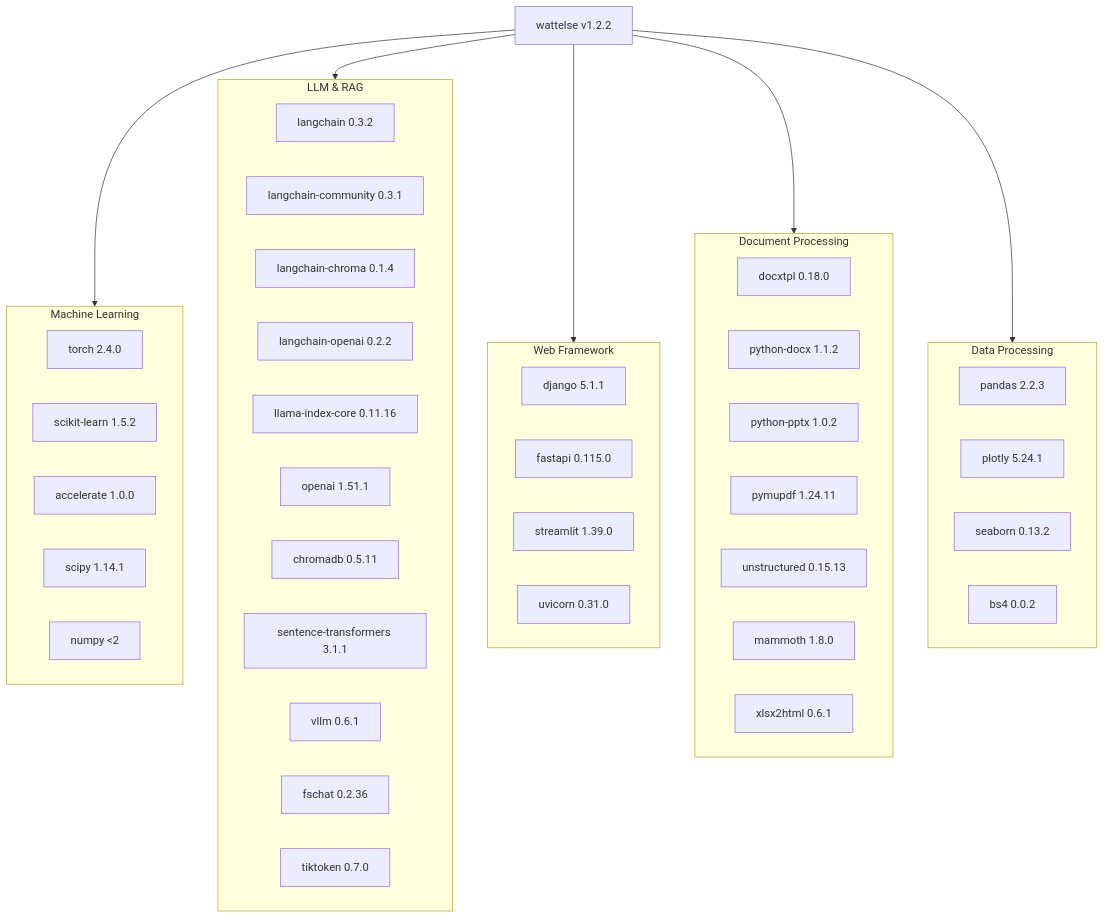
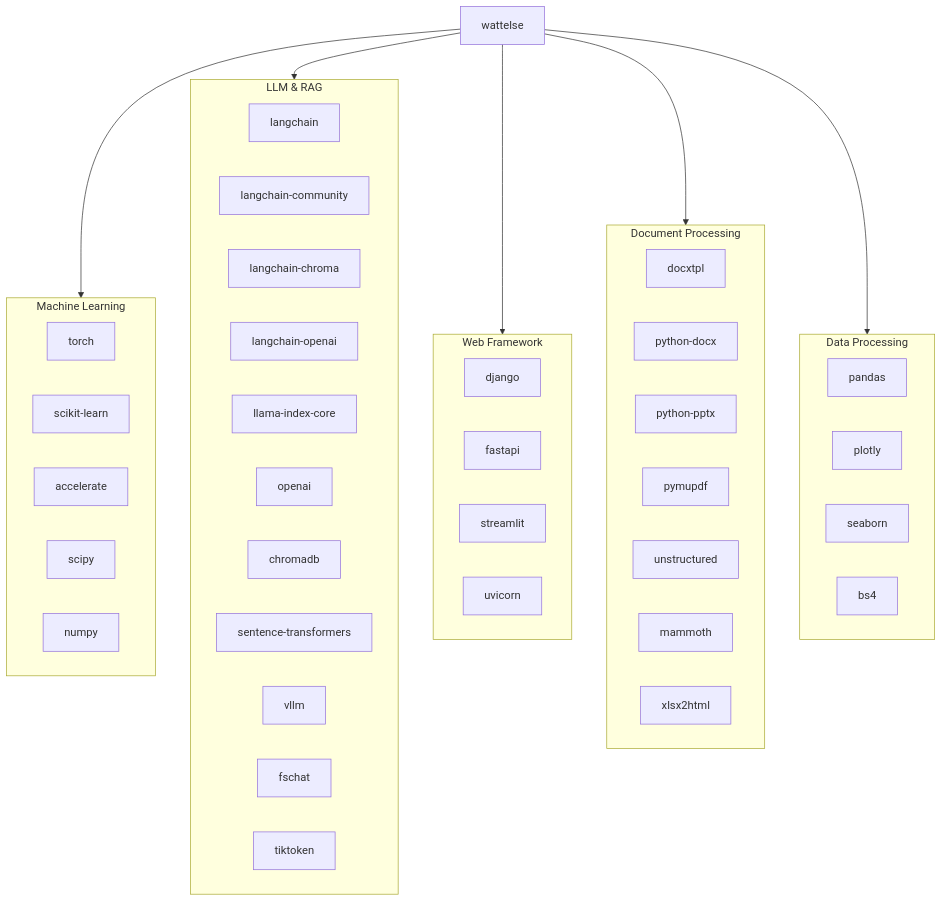
The fourth of 4 diagrams in README.md (rte-france/wattelse), drawn with Mermaid before and after one commit. The commit also changed other lines of this file, not shown here.

Commit message:
[Doc] Updated diagrams

````diff
--- a/README.md
+++ b/README.md
@@ -165,56 +189,56 @@
  ```mermaid
 flowchart TB
-    wattelse["wattelse v1.2.2"]
+    wattelse["wattelse"]
     
     subgraph ML["Machine Learning"]
-        torch["torch 2.4.0"]
-        sklearn["scikit-learn 1.5.2"]
-        accelerate["accelerate 1.0.0"]
-        scipy["scipy 1.14.1"]
-        numpy["numpy <2"]
+        torch["torch"]
+        sklearn["scikit-learn"]
+        accelerate["accelerate"]
+        scipy["scipy"]
+        numpy["numpy"]
     end
     
     subgraph LLM["LLM & RAG"]
-        langchain["langchain 0.3.2"]
-        langchain_comm["langchain-community 0.3.1"]
-        langchain_chroma["langchain-chroma 0.1.4"]
-        langchain_openai["langchain-openai 0.2.2"]
-        llama_index["llama-index-core 0.11.16"]
-        openai["openai 1.51.1"]
-        chromadb["chromadb 0.5.11"]
-        sent_trans["sentence-transformers 3.1.1"]
-        vllm["vllm 0.6.1"]
-        fschat["fschat 0.2.36"]
-        tiktoken["tiktoken 0.7.0"]
+        langchain["langchain"]
+        langchain_comm["langchain-community"]
+        langchain_chroma["langchain-chroma"]
+        langchain_openai["langchain-openai"]
+        llama_index["llama-index-core"]
+        openai["openai"]
+        chromadb["chromadb"]
+        sent_trans["sentence-transformers"]
+        vllm["vllm"]
+        fschat["fschat"]
+        tiktoken["tiktoken"]
     end
     
     subgraph Web["Web Framework"]
-        django["django 5.1.1"]
-        fastapi["fastapi 0.115.0"]
-        streamlit["streamlit 1.39.0"]
-        uvicorn["uvicorn 0.31.0"]
+        django["django"]
+        fastapi["fastapi"]
+        streamlit["streamlit"]
+        uvicorn["uvicorn"]
     end
     
     subgraph Doc["Document Processing"]
-        docxtpl["docxtpl 0.18.0"]
-        python_docx["python-docx 1.1.2"]
-        python_pptx["python-pptx 1.0.2"]
-        pymupdf["pymupdf 1.24.11"]
-        unstructured["unstructured 0.15.13"]
-        mammoth["mammoth 1.8.0"]
-        xlsx2html["xlsx2html 0.6.1"]
+        docxtpl["docxtpl"]
+        python_docx["python-docx"]
+        python_pptx["python-pptx"]
+        pymupdf["pymupdf"]
+        unstructured["unstructured"]
+        mammoth["mammoth"]
+        xlsx2html["xlsx2html"]
     end
     
     subgraph Data["Data Processing"]
-        pandas["pandas 2.2.3"]
-        plotly["plotly 5.24.1"]
-        seaborn["seaborn 0.13.2"]
-        bs4["bs4 0.0.2"]
+        pandas["pandas"]
+        plotly["plotly"]
+        seaborn["seaborn"]
+        bs4["bs4"]
     end
     
     wattelse --> ML
     wattelse --> LLM
     wattelse --> Web
     wattelse --> Doc
     wattelse --> Data
 ```
````
